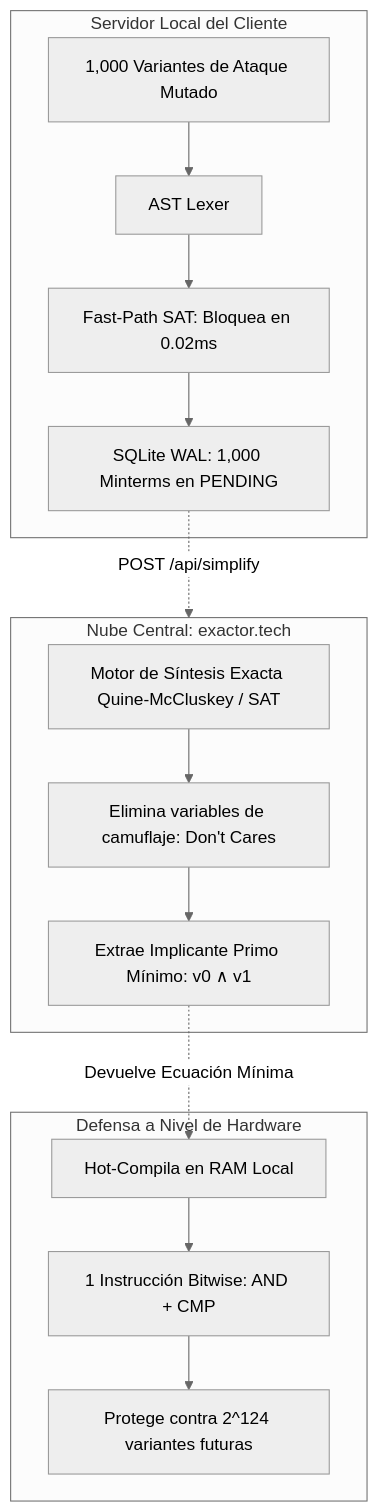
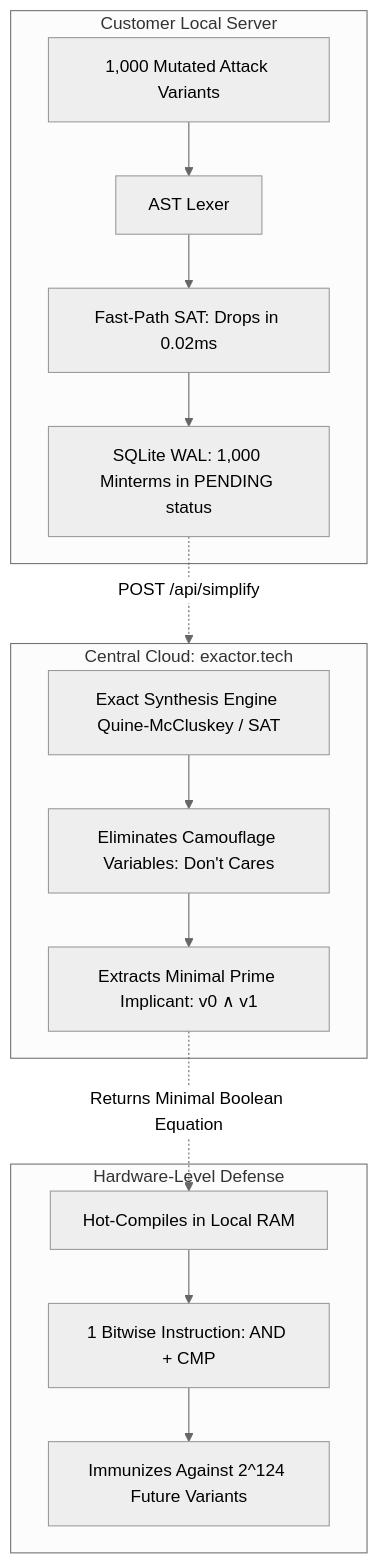
Before and after one commit to ExactorResearch/exactor-waf-guardian: the first of 2 diagrams in AXIOMATIC_SUPERVISION_AND_SYNTHESIS.md, drawn with Mermaid (neutral theme). The commit also changed other lines of this file and 3 other files, not shown here.

````diff
--- a/AXIOMATIC_SUPERVISION_AND_SYNTHESIS.md
+++ b/AXIOMATIC_SUPERVISION_AND_SYNTHESIS.md
@@ -97,23 +98,23 @@
 ```mermaid
 graph TD
-    subgraph Cliente [Servidor Local del Cliente]
-        Ataques[1,000 Variantes de Ataque Mutado] --> AST[AST Lexer]
-        AST --> LocalSAT[Fast-Path SAT: Bloquea en 0.02ms]
-        LocalSAT --> SQLite[SQLite WAL: 1,000 Minterms en PENDING]
+    subgraph Client [Customer Local Server]
+        Attacks[1,000 Mutated Attack Variants] --> AST[AST Lexer]
+        AST --> LocalSAT[Fast-Path SAT: Drops in 0.02ms]
+        LocalSAT --> SQLite[SQLite WAL: 1,000 Minterms in PENDING status]
     end
 
     SQLite -.->|POST /api/simplify| Cloud
 
-    subgraph Cloud [Nube Central: exactor.tech]
-        CloudCore[Motor de Síntesis Exacta Quine-McCluskey / SAT]
-        CloudCore --> EliminaRuido[Elimina variables de camuflaje: Don't Cares]
-        EliminaRuido --> ExtraeRaiz[Extrae Implicante Primo Mínimo: v0 ∧ v1]
+    subgraph Cloud [Central Cloud: exactor.tech]
+        CloudCore[Exact Synthesis Engine Quine-McCluskey / SAT]
+        CloudCore --> StripNoise[Eliminates Camouflage Variables: Don't Cares]
+        StripNoise --> ExtractRoot[Extracts Minimal Prime Implicant: v0 ∧ v1]
     end
 
-    ExtraeRaiz -.->|Devuelve Ecuación Mínima| HotPatch[Hot-Compila en RAM Local]
+    ExtractRoot -.->|Returns Minimal Boolean Equation| HotPatch[Hot-Compiles in Local RAM]
     
-    subgraph ProteccionFutura [Defensa a Nivel de Hardware]
-        HotPatch --> CPU[1 Instrucción Bitwise: AND + CMP]
-        CPU --> Trillones[Protege contra 2^124 variantes futuras]
+    subgraph FutureDefense [Hardware-Level Defense]
+        HotPatch --> CPU[1 Bitwise Instruction: AND + CMP]
+        CPU --> Trillions[Immunizes Against 2^124 Future Variants]
     end
 ```
````
